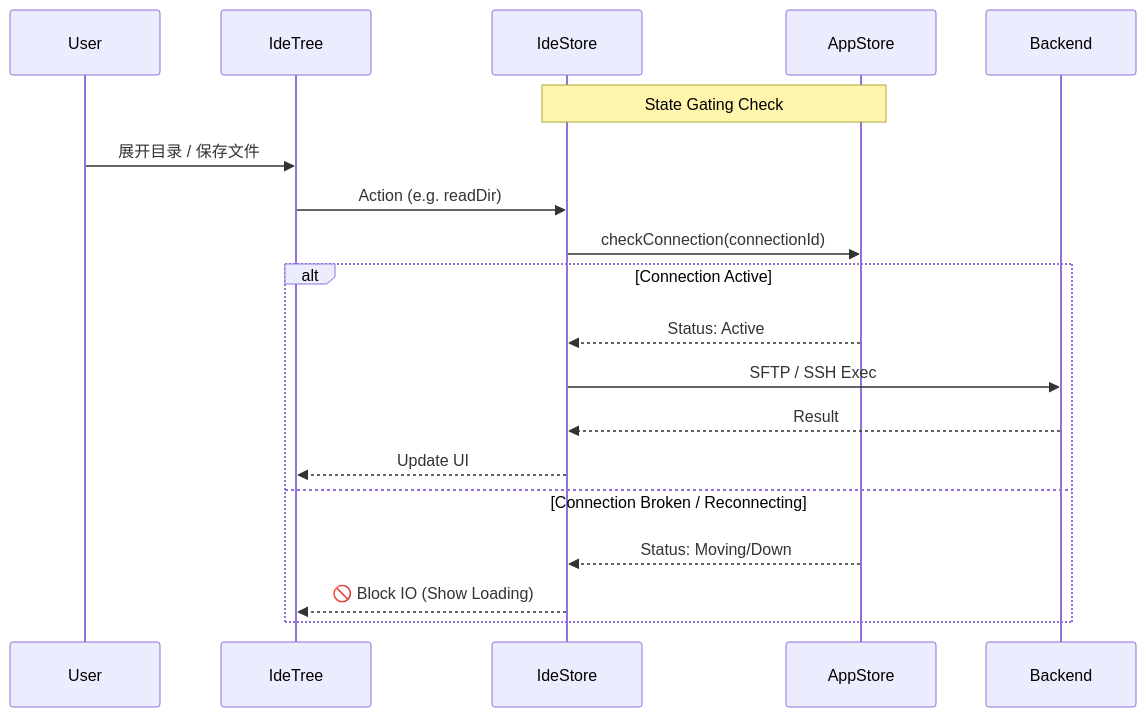
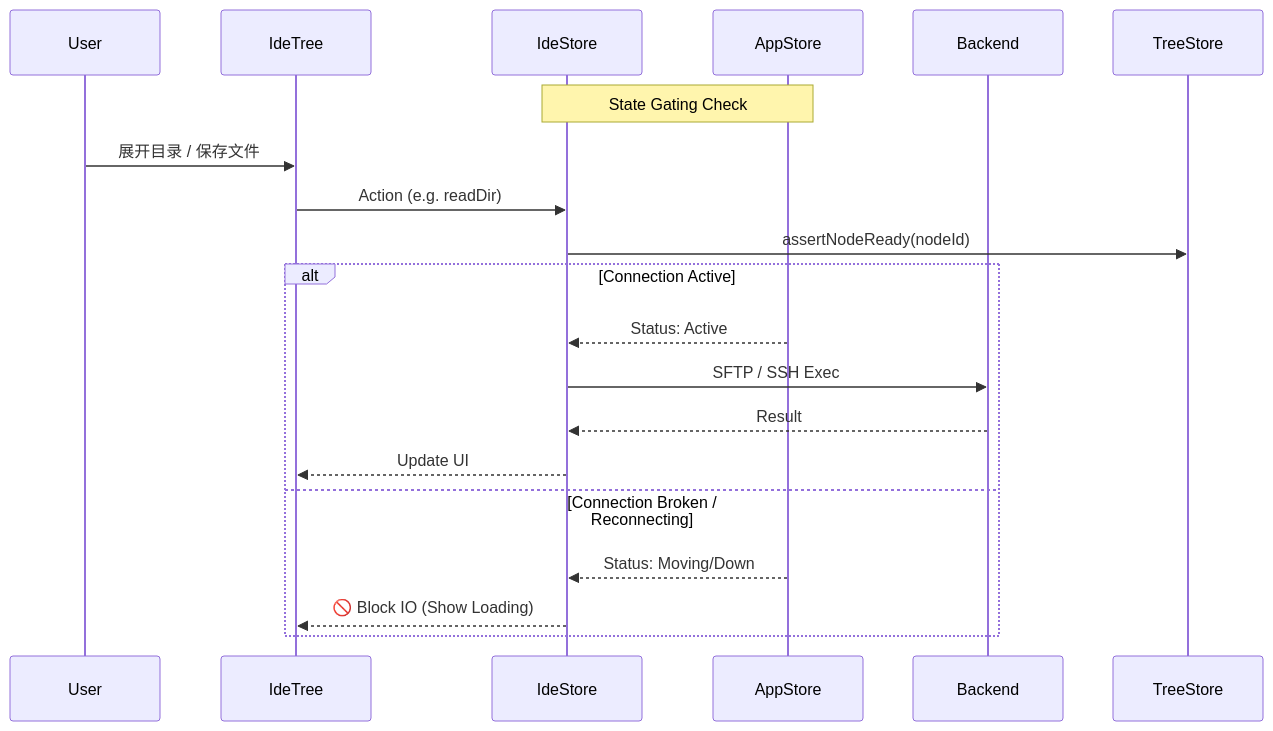
Before and after one commit to AnalyseDeCircuit/OxideTerm: the first of 2 diagrams in docs/IDE_MODE.md, drawn with Mermaid. The commit also changed other lines of this file and 21 other files, not shown here.

````diff
--- a/docs/IDE_MODE.md
+++ b/docs/IDE_MODE.md
@@ -69,25 +69,25 @@
 ```mermaid
 sequenceDiagram
     participant User
     participant IdeTree
     participant IdeStore
     participant AppStore
     participant Backend
 
     Note over IdeStore, AppStore: State Gating Check
     
     User->>IdeTree: 展开目录 / 保存文件
     IdeTree->>IdeStore: Action (e.g. readDir)
     
-    IdeStore->>AppStore: checkConnection(connectionId)
+    IdeStore->>TreeStore: assertNodeReady(nodeId)
     
     alt Connection Active
         AppStore-->>IdeStore: Status: Active
         IdeStore->>Backend: SFTP / SSH Exec
         Backend-->>IdeStore: Result
         IdeStore-->>IdeTree: Update UI
     else Connection Broken / Reconnecting
         AppStore-->>IdeStore: Status: Moving/Down
         IdeStore-->>IdeTree: 🚫 Block IO (Show Loading)
     end
 ```
````
